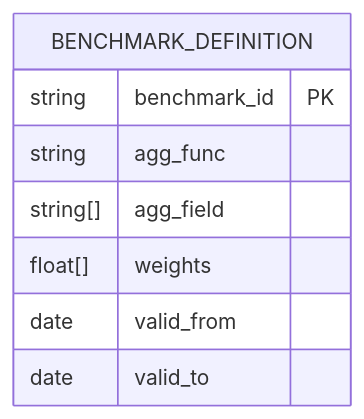
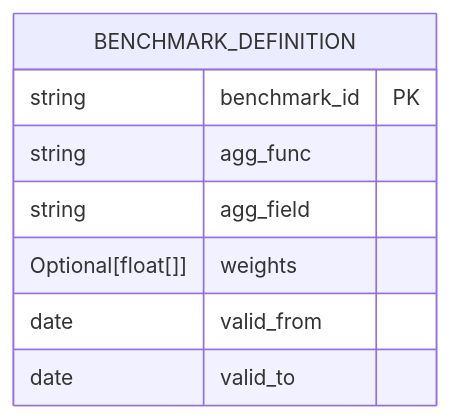
Before and after one commit to flatland-association/flatland-benchmarks: the fifth of 14 diagrams in docs/ARCHITECTURE.md, drawn with Mermaid. The commit also changed other lines of this file, not shown here.

Commit message:
Simplify aggregation: same field for all children. Make weights optional.

````diff
--- a/docs/ARCHITECTURE.md
+++ b/docs/ARCHITECTURE.md
@@ -605,11 +604,11 @@
 ```mermaid
 erDiagram
   BENCHMARK_DEFINITION {
     string benchmark_id PK
     string agg_func
-    string[] agg_field
-    float[] weights
+    string agg_field
+    Optional[float[]] weights
     date valid_from
     date valid_to
   }
 ```
````
